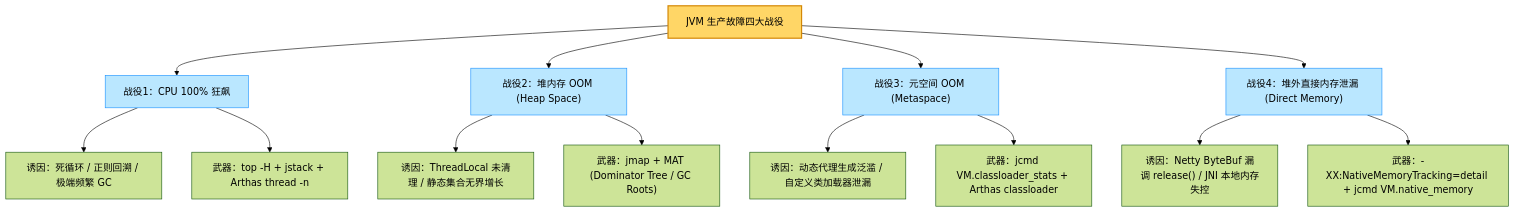
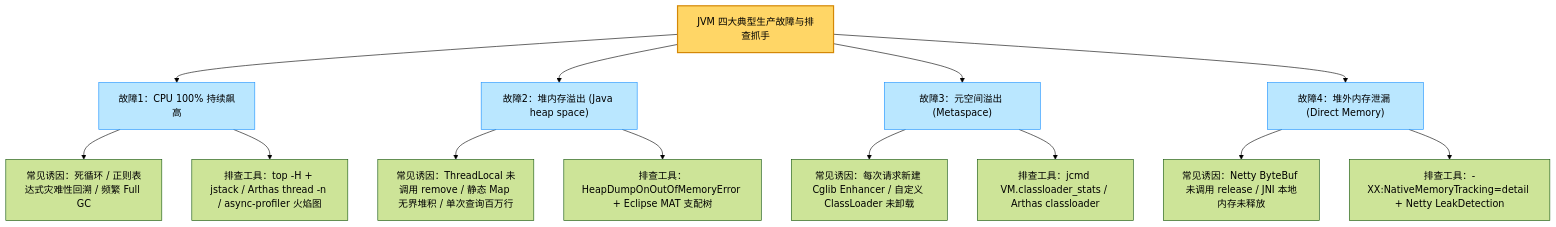
Before and after one commit to GuoWWWX/knowledge-base: the first of 3 diagrams in 20-Java后端/09-项目实战/05-项目-JVM故障排查演练.md, drawn with Mermaid (forest theme). The commit also changed other lines of this file and 251 other files, not shown here.

````diff
--- a/20-Java后端/09-项目实战/05-项目-JVM故障排查演练.md
+++ b/20-Java后端/09-项目实战/05-项目-JVM故障排查演练.md
@@ -39,23 +47,23 @@
 ```mermaid
 flowchart TD
     classDef root fill:#ffd666,stroke:#d48806,stroke-width:2px;
     classDef battle fill:#bae7ff,stroke:#1890ff,stroke-width:1px;
 
-    JVM["JVM 生产故障四大战役"]:::root
+    JVM["JVM 四大典型生产故障与排查抓手"]:::root
 
-    JVM --> B1["战役1：CPU 100% 狂飙"]:::battle
-    B1 --> B11["诱因：死循环 / 正则回溯 / 极端频繁 GC"]
-    B1 --> B12["武器：top -H + jstack + Arthas thread -n"]
+    JVM --> B1["故障1：CPU 100% 持续飙高"]:::battle
+    B1 --> B11["常见诱因：死循环 / 正则表达式灾难性回溯 / 频繁 Full GC"]
+    B1 --> B12["排查工具：top -H + jstack / Arthas thread -n / async-profiler 火焰图"]
 
-    JVM --> B2["战役2：堆内存 OOM (Heap Space)"]:::battle
-    B2 --> B21["诱因：ThreadLocal 未清理 / 静态集合无界增长"]
-    B2 --> B22["武器：jmap + MAT (Dominator Tree / GC Roots)"]
+    JVM --> B2["故障2：堆内存溢出 (Java heap space)"]:::battle
+    B2 --> B21["常见诱因：ThreadLocal 未调用 remove / 静态 Map 无界堆积 / 单次查询百万行"]
+    B2 --> B22["排查工具：HeapDumpOnOutOfMemoryError + Eclipse MAT 支配树"]
 
-    JVM --> B3["战役3：元空间 OOM (Metaspace)"]:::battle
-    B3 --> B31["诱因：动态代理生成泛滥 / 自定义类加载器泄漏"]
-    B3 --> B32["武器：jcmd VM.classloader_stats + Arthas classloader"]
+    JVM --> B3["故障3：元空间溢出 (Metaspace)"]:::battle
+    B3 --> B31["常见诱因：每次请求新建 Cglib Enhancer / 自定义 ClassLoader 未卸载"]
+    B3 --> B32["排查工具：jcmd VM.classloader_stats / Arthas classloader"]
 
-    JVM --> B4["战役4：堆外直接内存泄漏 (Direct Memory)"]:::battle
-    B4 --> B41["诱因：Netty ByteBuf 漏调 release() / JNI 本地内存失控"]
-    B4 --> B42["武器：-XX:NativeMemoryTracking=detail + jcmd VM.native_memory"]
+    JVM --> B4["故障4：堆外内存泄漏 (Direct Memory)"]:::battle
+    B4 --> B41["常见诱因：Netty ByteBuf 未调用 release / JNI 本地内存未释放"]
+    B4 --> B42["排查工具：-XX:NativeMemoryTracking=detail + Netty LeakDetection"]
 ```
````
